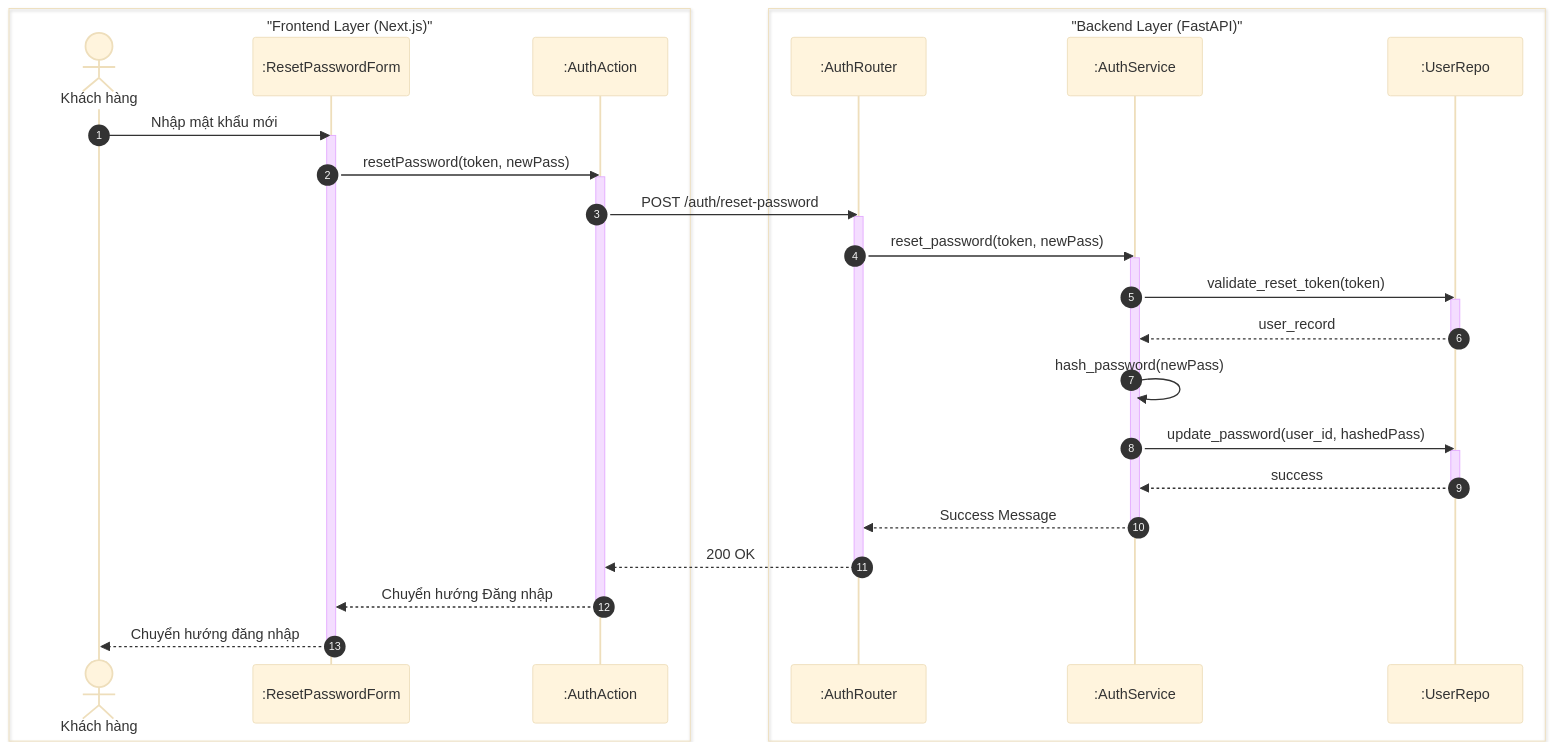
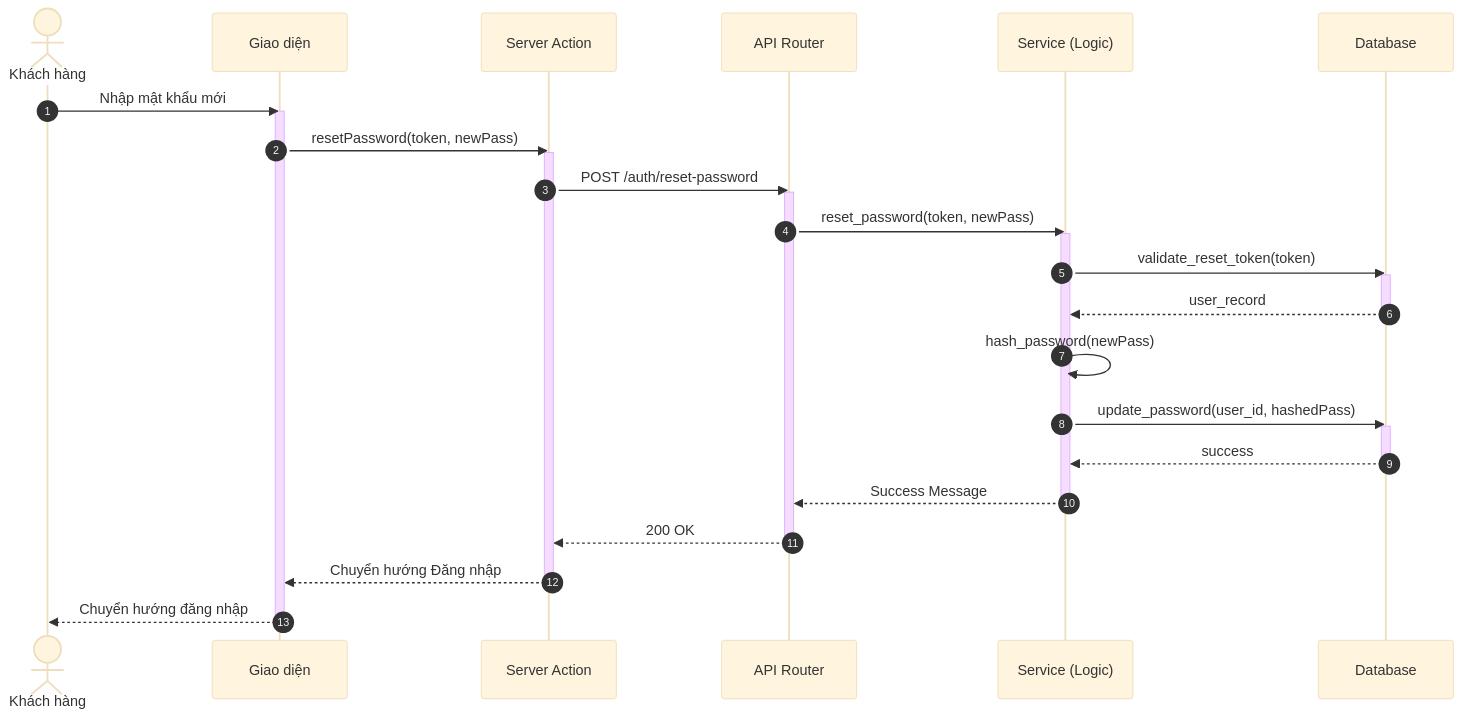
The fifth of 8 diagrams in docs/design/sequences/authentication.md (ngoctinn/Synapse), drawn with Mermaid (base theme) before and after one commit. The commit also changed other lines of this file and 4 other files, not shown here.

Commit message:
docs: Add initial sequence diagrams for admin, authentication, customer, receptionist, and technician flows.

````diff
--- a/docs/design/sequences/authentication.md
+++ b/docs/design/sequences/authentication.md
@@ -249,49 +229,44 @@
 ```mermaid
 sequenceDiagram
     autonumber
-    box "Frontend Layer (Next.js)"
-        actor KH as Khách hàng
-        participant UI as :ResetPasswordForm
-        participant BFF as :AuthAction
-    end
-
-    box "Backend Layer (FastAPI)"
-        participant API as :AuthRouter
-        participant S as :AuthService
-        participant DB as :UserRepo
-    end
+    actor KH as Khách hàng
+    participant UI as Giao diện
+    participant BFF as Server Action
+    participant API as API Router
+    participant S as Service (Logic)
+    participant DB as Database
 
     KH->>UI: Nhập mật khẩu mới
     activate UI
     UI->>BFF: resetPassword(token, newPass)
     activate BFF
 
     BFF->>API: POST /auth/reset-password
     activate API
 
     API->>S: reset_password(token, newPass)
     activate S
 
     S->>DB: validate_reset_token(token)
     activate DB
     DB-->>S: user_record
     deactivate DB
 
     S->>S: hash_password(newPass)
     S->>DB: update_password(user_id, hashedPass)
     activate DB
     DB-->>S: success
     deactivate DB
 
     S-->>API: Success Message
     deactivate S
 
     API-->>BFF: 200 OK
     deactivate API
 
     BFF-->>UI: Chuyển hướng Đăng nhập
     deactivate BFF
 
     UI-->>KH: Chuyển hướng đăng nhập
     deactivate UI
 ```
````
